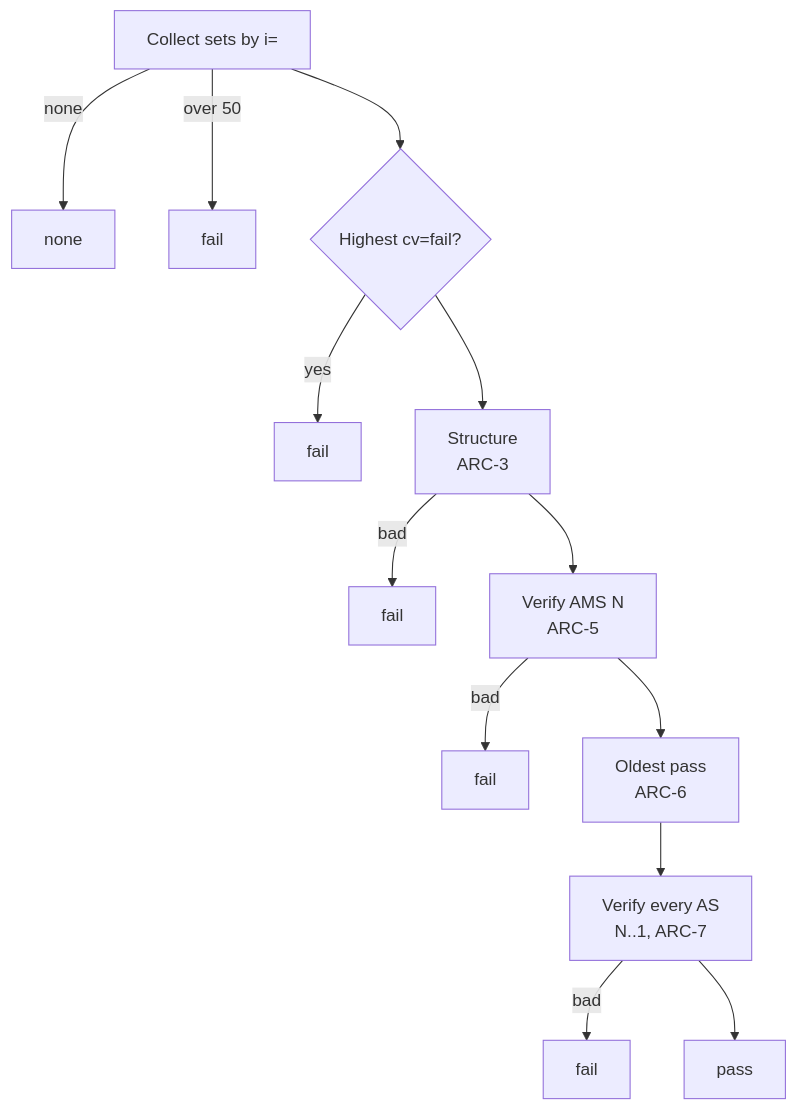
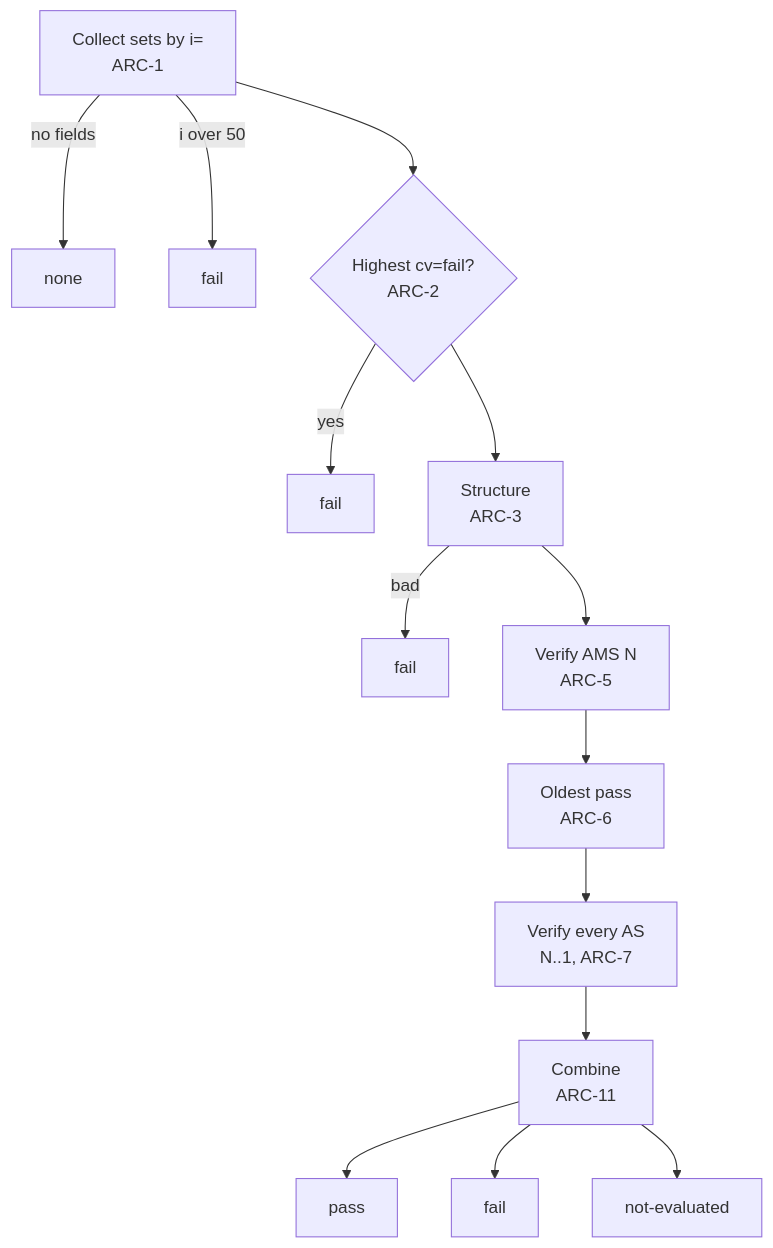
The diagram in docs/reference/mail/arc.md (photom/benchside), drawn with Mermaid before and after one commit. The commit also changed other lines of this file and 6 other files, not shown here.

````diff
--- a/docs/reference/mail/arc.md
+++ b/docs/reference/mail/arc.md
@@ -7,11 +7,12 @@
 ```mermaid
 flowchart TD
-  c[Collect sets by i=] -->|none| none[none]
-  c -->|over 50| f1[fail]
-  c --> cv{Highest cv=fail?} -->|yes| f2[fail]
+  c[Collect sets by i=<br/>ARC-1] -->|no fields| none[none]
+  c -->|i over 50| f1[fail]
+  c --> cv{Highest cv=fail?<br/>ARC-2} -->|yes| f2[fail]
   cv --> st[Structure<br/>ARC-3] -->|bad| f3[fail]
-  st --> ams[Verify AMS N<br/>ARC-5] -->|bad| f4[fail]
+  st --> ams[Verify AMS N<br/>ARC-5]
   ams --> op[Oldest pass<br/>ARC-6]
-  op --> as[Verify every AS<br/>N..1, ARC-7] -->|bad| f5[fail]
-  as --> pass[pass]
+  op --> as[Verify every AS<br/>N..1, ARC-7]
+  as --> comb[Combine<br/>ARC-11]
+  comb --> pass[pass] & f4[fail] & ne[not-evaluated]
 ```
````
